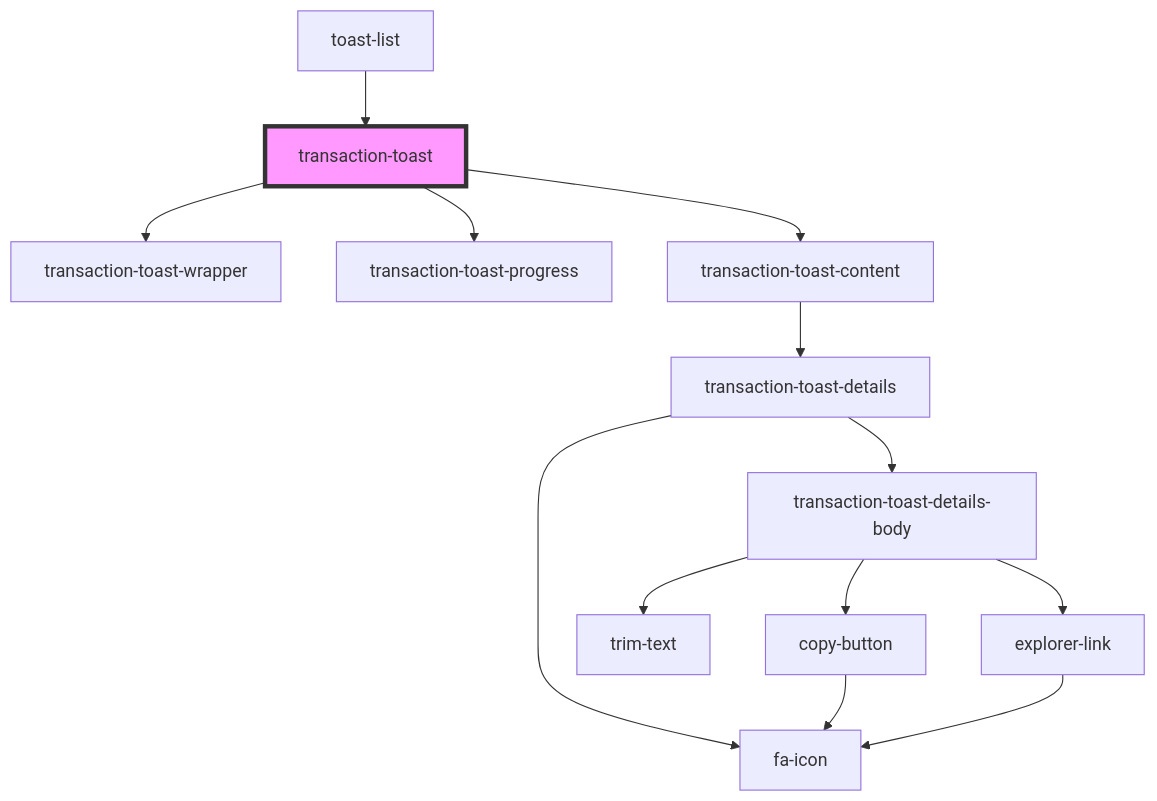
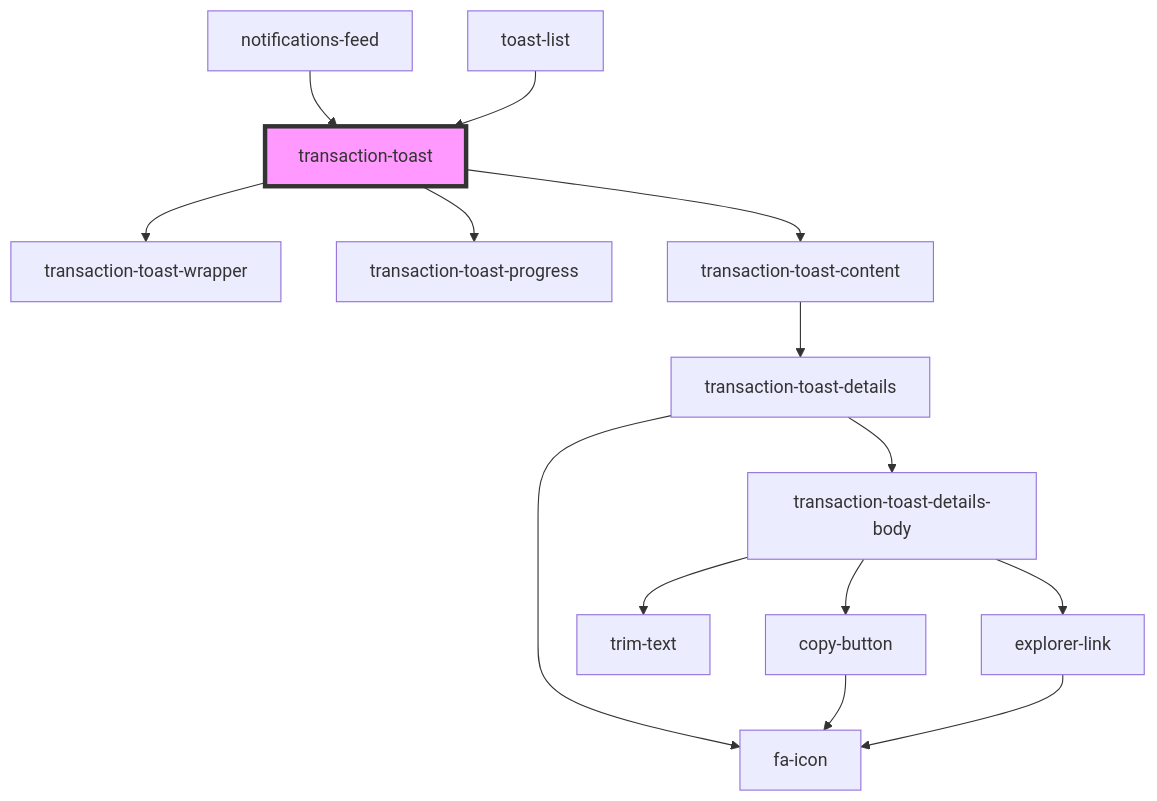
One commit to multiversx/mx-sdk-dapp-ui changed the diagram in src/components/functional/toasts-list/components/transaction-toast/readme.md. Above: the diagram before and after it, drawn with Mermaid. The commit also changed other lines of this file and 7 other files, not shown here.

````diff
--- a/src/components/functional/toasts-list/components/transaction-toast/readme.md
+++ b/src/components/functional/toasts-list/components/transaction-toast/readme.md
@@ -40,16 +41,17 @@
 ```mermaid
 graph TD;
   transaction-toast --> transaction-toast-wrapper
   transaction-toast --> transaction-toast-progress
   transaction-toast --> transaction-toast-content
   transaction-toast-content --> transaction-toast-details
   transaction-toast-details --> fa-icon
   transaction-toast-details --> transaction-toast-details-body
   transaction-toast-details-body --> trim-text
   transaction-toast-details-body --> copy-button
   transaction-toast-details-body --> explorer-link
   copy-button --> fa-icon
   explorer-link --> fa-icon
+  notifications-feed --> transaction-toast
   toast-list --> transaction-toast
   style transaction-toast fill:#f9f,stroke:#333,stroke-width:4px
 ```
````
